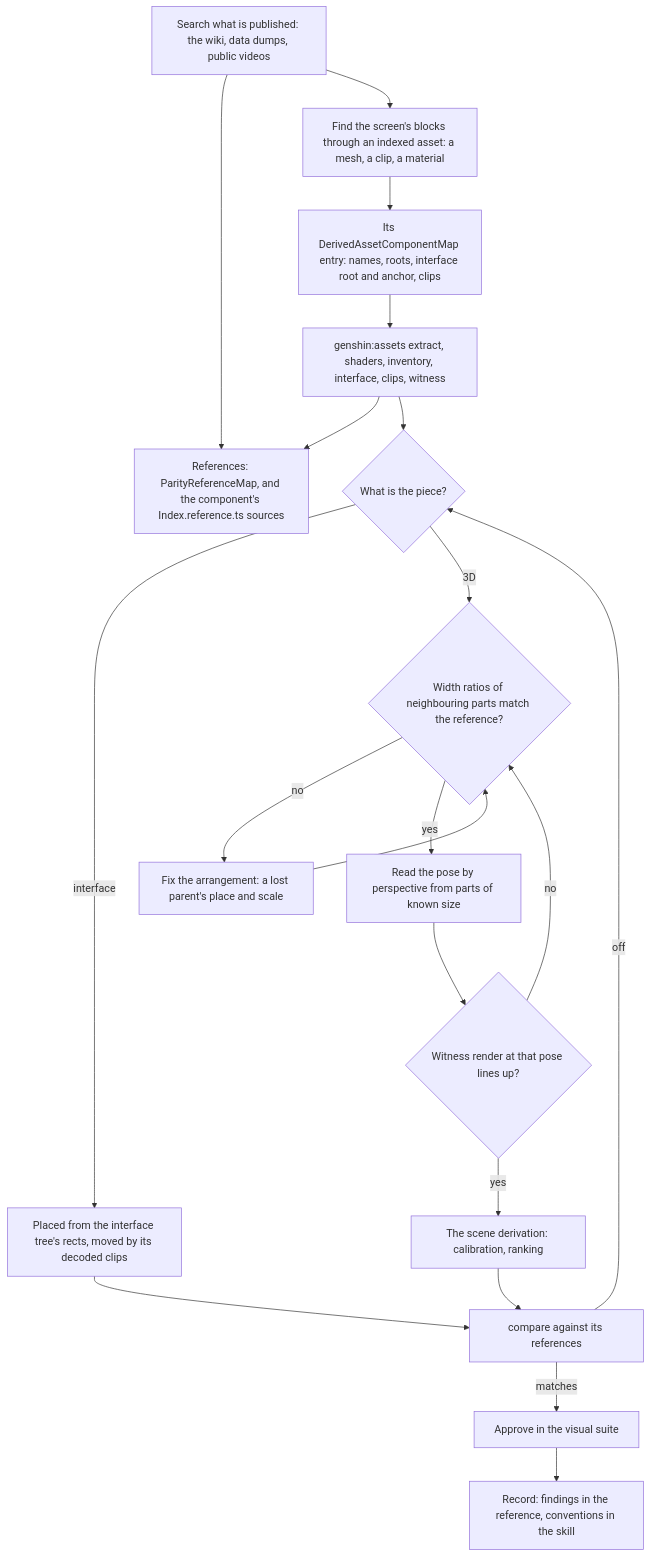
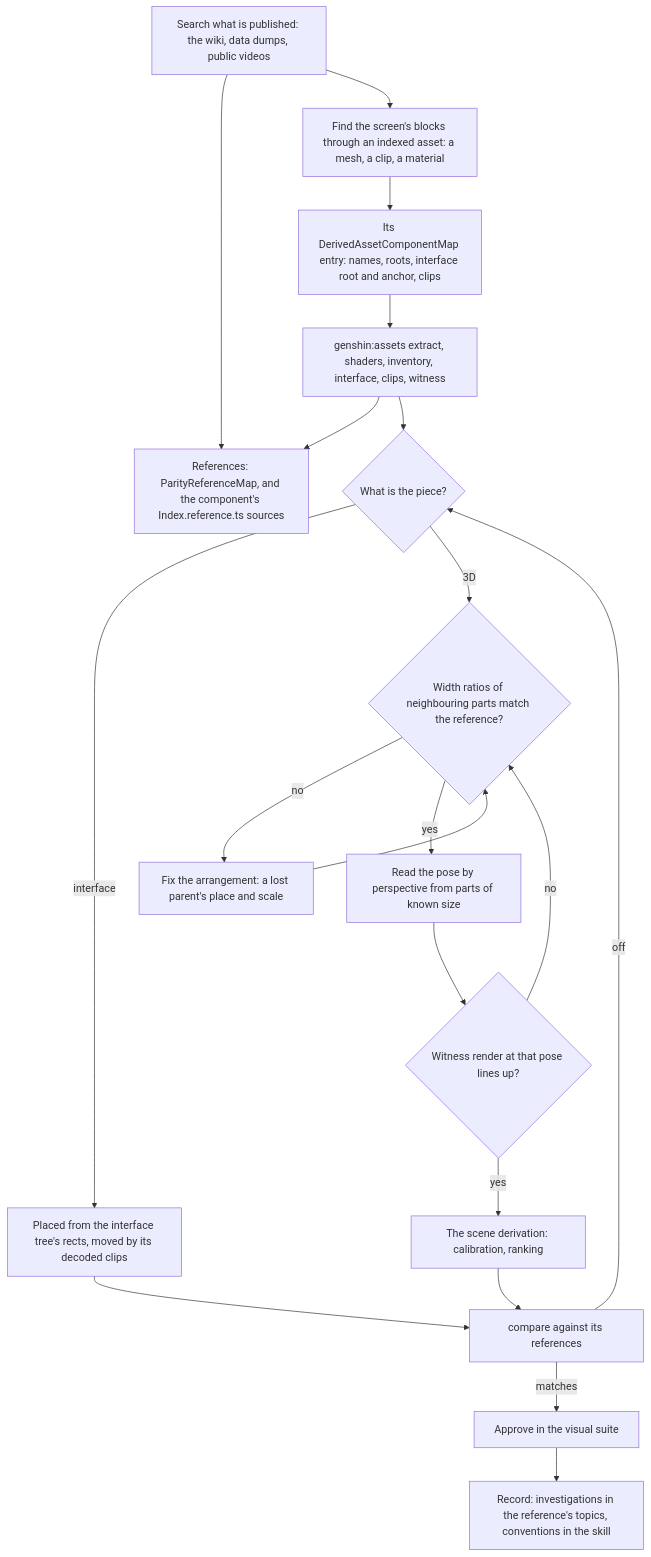
One commit to Esposter/Esposter changed the second of 2 diagrams in apps/web/content/docs/genshin/parity.md. Above: the diagram before and after it, drawn with Mermaid. The commit also changed other lines of this file and 39 other files, not shown here.

````diff
--- a/apps/web/content/docs/genshin/parity.md
+++ b/apps/web/content/docs/genshin/parity.md
@@ -55,22 +55,22 @@
 ```mermaid
 flowchart TD
   P["Search what is published: the wiki, data dumps, public videos"] --> REF["References: ParityReferenceMap, and the component's Index.reference.ts sources"]
   P --> B["Find the screen's blocks through an indexed asset: a mesh, a clip, a material"]
   B --> MAP["Its DerivedAssetComponentMap entry: names, roots, interface root and anchor, clips"]
   MAP --> RUN["genshin:assets extract, shaders, inventory, interface, clips, witness"]
   RUN --> REF
   RUN --> K{What is the piece?}
   K -->|"interface"| UI["Placed from the interface tree's rects, moved by its decoded clips"]
   K -->|"3D"| AR{"Width ratios of neighbouring parts match the reference?"}
   AR -->|no| PAR["Fix the arrangement: a lost parent's place and scale"]
   PAR --> AR
   AR -->|yes| POSE["Read the pose by perspective from parts of known size"]
   POSE --> W{"Witness render at that pose lines up?"}
   W -->|no| AR
   W -->|yes| SD["The scene derivation: calibration, ranking"]
   UI --> C["compare against its references"]
   SD --> C
   C -->|off| K
   C -->|matches| V["Approve in the visual suite"]
-  V --> R["Record: findings in the reference, conventions in the skill"]
+  V --> R["Record: investigations in the reference's topics, conventions in the skill"]
 ```
````
